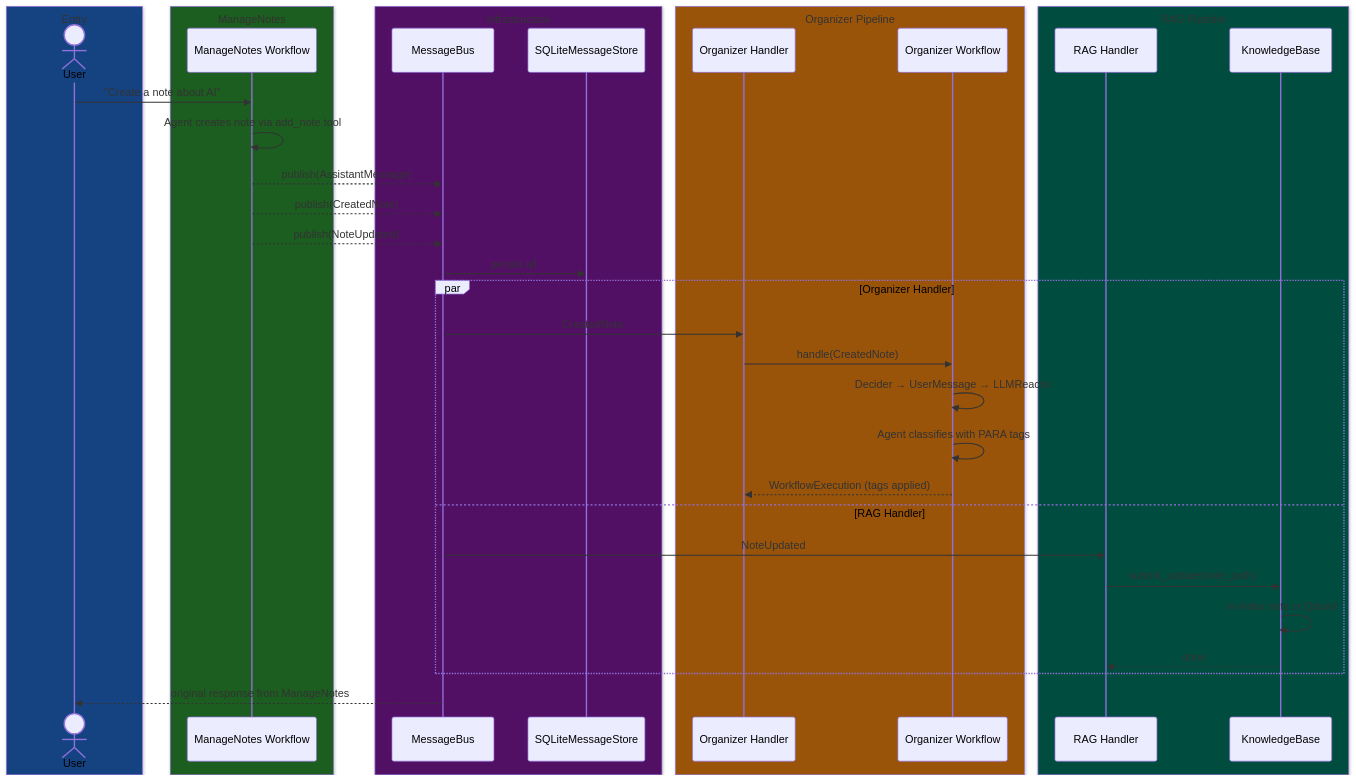
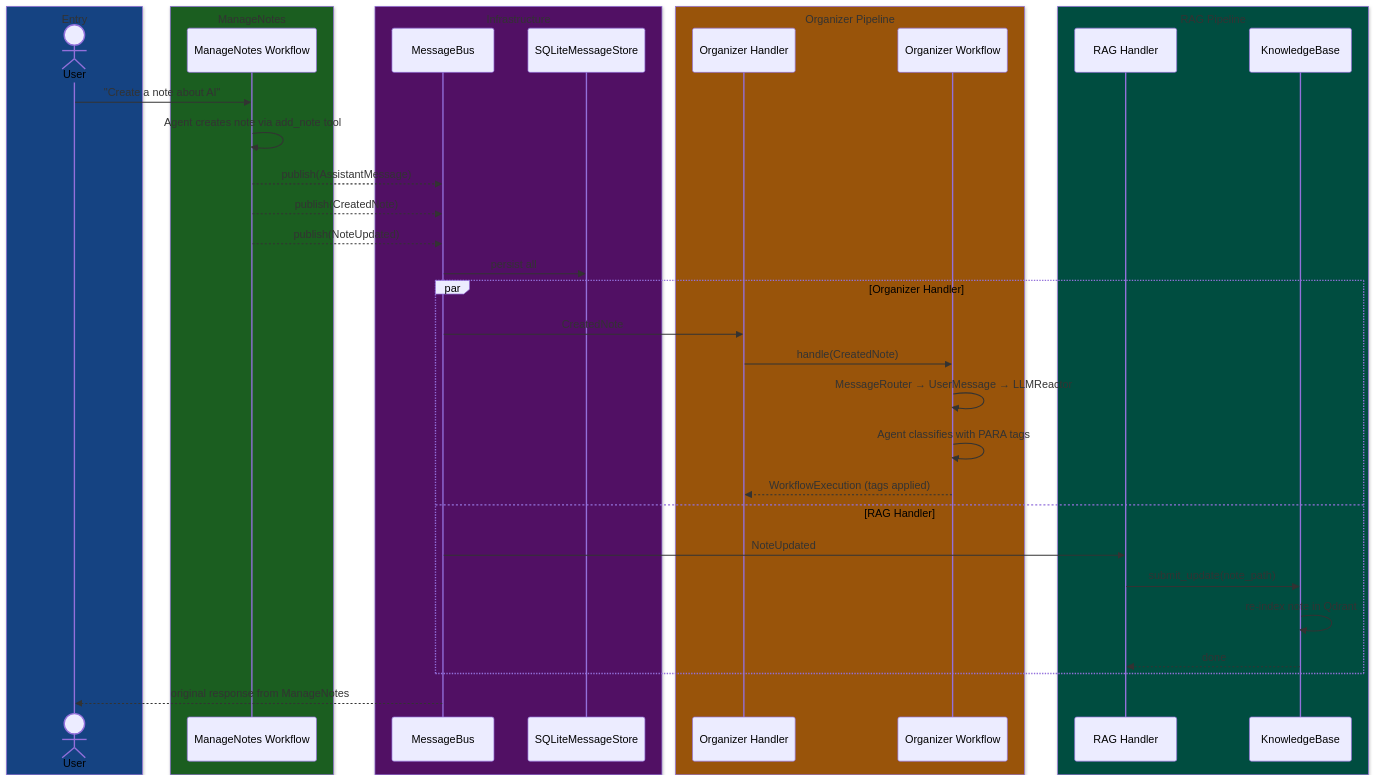
Before and after one commit to aispiritlab/aispiritlab-agentic: the ninth of 17 diagrams in packages/workshops/diagrams.md, drawn with Mermaid. The commit also changed other lines of this file and 46 other files, not shown here.

````diff
--- a/packages/workshops/diagrams.md
+++ b/packages/workshops/diagrams.md
@@ -436,47 +436,47 @@
 ```mermaid
 sequenceDiagram
   box rgb(21, 67, 130) Entry
     actor User
   end
 
   box rgb(27, 94, 32) ManageNotes
     participant MN as ManageNotes Workflow
   end
 
   box rgb(81, 16, 100) Infrastructure
     participant Bus as MessageBus
     participant Store as SQLiteMessageStore
   end
 
   box rgb(153, 84, 10) Organizer Pipeline
     participant OH_Org as Organizer Handler
     participant Org as Organizer Workflow
   end
 
   box rgb(0, 77, 64) RAG Pipeline
     participant OH_RAG as RAG Handler
     participant KB as KnowledgeBase
   end
 
   User->>MN: "Create a note about AI"
   MN->>MN: Agent creates note via add_note tool
   MN-->>Bus: publish(AssistantMessage)
   MN-->>Bus: publish(CreatedNote)
   MN-->>Bus: publish(NoteUpdated)
   Bus->>Store: persist all
 
   par Organizer Handler
     Bus->>OH_Org: CreatedNote
     OH_Org->>Org: handle(CreatedNote)
-    Org->>Org: Decider → UserMessage → LLMReactor
+    Org->>Org: MessageRouter → UserMessage → LLMReactor
     Org->>Org: Agent classifies with PARA tags
     Org-->>OH_Org: WorkflowExecution (tags applied)
   and RAG Handler
     Bus->>OH_RAG: NoteUpdated
     OH_RAG->>KB: submit_update(note_path)
     KB->>KB: re-index note in Qdrant
     KB-->>OH_RAG: done
   end
 
   Bus-->>User: original response from ManageNotes
 ```
````
